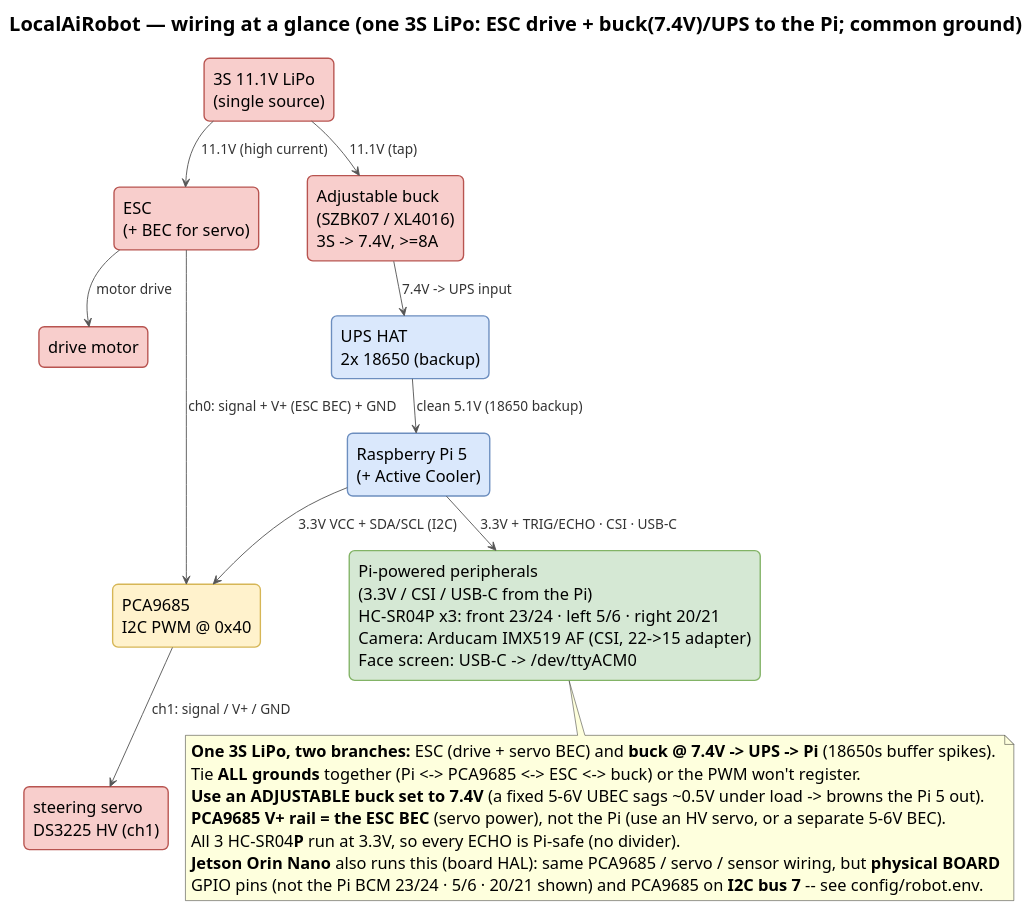
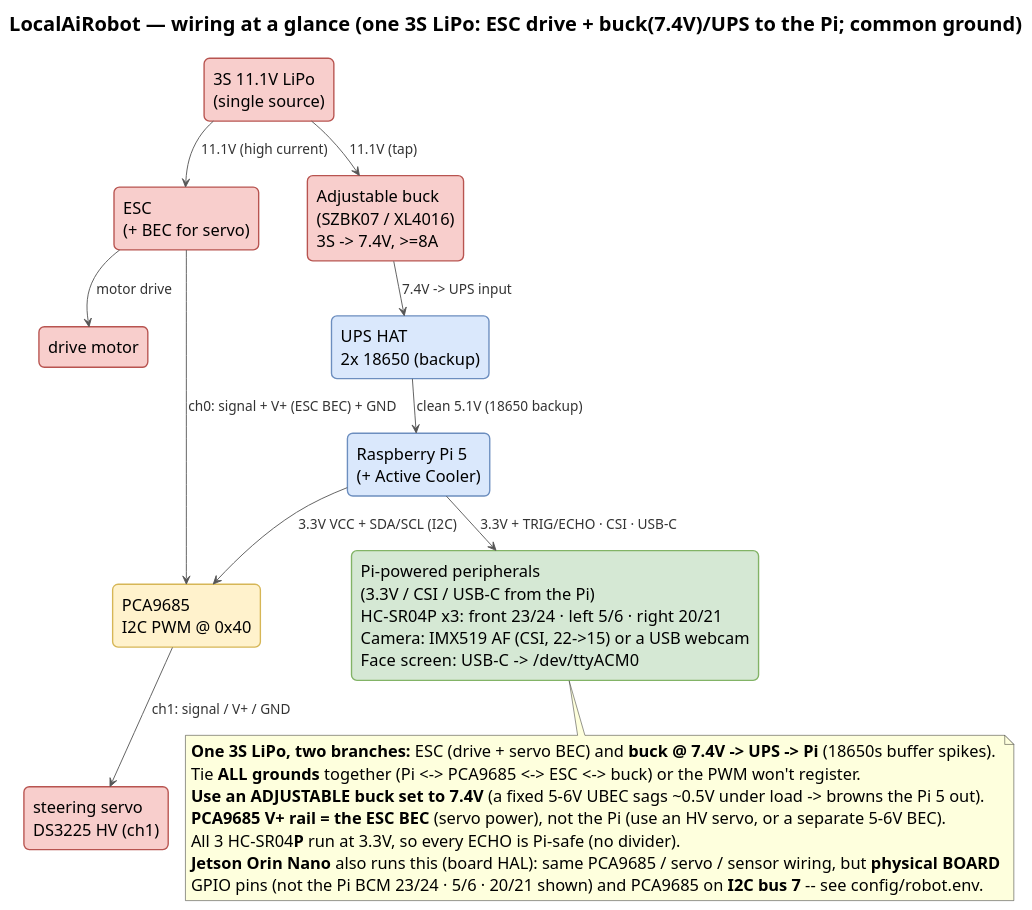
Before and after one commit to shen747/LocalAiRobot: the diagram in docs/images/wiring.puml, drawn with PlantUML. The commit also changed 7 other files, not shown here.

Commit message:
Support a USB webcam on the Pi (ROBOT_CAMERA_BACKEND=v4l2) alongside the CSI camera, with docs + diagrams

```diff
--- a/docs/images/wiring.puml
+++ b/docs/images/wiring.puml
@@ -1,66 +1,66 @@
 @startuml wiring
 ' LocalAiRobot — "Wiring at a glance" connection map, TOP-TO-BOTTOM power flow (1 LiPo -> ESC + buck/UPS).
 ' This source lives next to its render. Regenerate in place (writes wiring.png here):
 '   plantuml -tpng docs/images/wiring.puml
 ' No Graphviz needed: !pragma layout smetana uses PlantUML's pure-Java layout engine.
 ' Vertical + larger fonts: no side-by-side domain boxes; the Pi's many peripherals collapse into one box.
 !pragma layout smetana
 top to bottom direction
 hide stereotype
 title LocalAiRobot — wiring at a glance (one 3S LiPo: ESC drive + buck(7.4V)/UPS to the Pi; common ground)
 
 skinparam backgroundColor white
 skinparam shadowing false
 skinparam defaultFontName Helvetica
 skinparam defaultFontSize 18
 skinparam TitleFontSize 22
 skinparam ArrowColor #555555
 skinparam ArrowFontColor #333333
 skinparam ArrowFontSize 15
 skinparam rectangle {
   RoundCorner 12
   FontSize 18
   BorderThickness 1.5
   BackgroundColor<<io>> #DAE8FC
   BorderColor<<io>> #6C8EBF
   BackgroundColor<<model>> #FFF2CC
   BorderColor<<model>> #D6B656
   BackgroundColor<<data>> #D5E8D4
   BorderColor<<data>> #82B366
   BackgroundColor<<motor>> #F8CECC
   BorderColor<<motor>> #B85450
   BackgroundColor<<store>> #F5F5F5
   BorderColor<<store>> #666666
 }
 
 rectangle "3S 11.1V LiPo\n(single source)" as lipo <<motor>>
 rectangle "ESC\n(+ BEC for servo)" as esc <<motor>>
 rectangle "drive motor" as motor <<motor>>
 rectangle "Adjustable buck\n(SZBK07 / XL4016)\n3S -> 7.4V, >=8A" as ubec <<motor>>
 rectangle "UPS HAT\n2x 18650 (backup)" as ups <<io>>
 rectangle "Raspberry Pi 5\n(+ Active Cooler)" as pi <<io>>
 rectangle "PCA9685\nI2C PWM @ 0x40" as pca <<model>>
 rectangle "steering servo\nDS3225 HV (ch1)" as servo <<motor>>
-rectangle "Pi-powered peripherals\n(3.3V / CSI / USB-C from the Pi)\nHC-SR04P x3:  front 23/24 · left 5/6 · right 20/21\nCamera: Arducam IMX519 AF  (CSI, 22->15 adapter)\nFace screen:  USB-C -> /dev/ttyACM0" as periph <<data>>
+rectangle "Pi-powered peripherals\n(3.3V / CSI / USB-C from the Pi)\nHC-SR04P x3:  front 23/24 · left 5/6 · right 20/21\nCamera: IMX519 AF (CSI, 22->15) or a USB webcam\nFace screen:  USB-C -> /dev/ttyACM0" as periph <<data>>
 
 ' ---- power flows top -> bottom ----
 lipo --> esc  : 11.1V (high current)
 lipo --> ubec : 11.1V (tap)
 esc  --> motor : motor drive
 ubec --> ups  : 7.4V -> UPS input
 ups  --> pi   : clean 5.1V (18650 backup)
 esc  --> pca  : ch0: signal + V+ (ESC BEC) + GND
 pi   --> pca  : 3.3V VCC + SDA/SCL (I2C)
 pca  --> servo : ch1: signal / V+ / GND
 pi   --> periph : 3.3V + TRIG/ECHO · CSI · USB-C
 
 note bottom of periph
   **One 3S LiPo, two branches:** ESC (drive + servo BEC) and **buck @ 7.4V -> UPS -> Pi** (18650s buffer spikes).
   Tie **ALL grounds** together (Pi <-> PCA9685 <-> ESC <-> buck) or the PWM won't register.
   **Use an ADJUSTABLE buck set to 7.4V** (a fixed 5-6V UBEC sags ~0.5V under load -> browns the Pi 5 out).
   **PCA9685 V+ rail = the ESC BEC** (servo power), not the Pi (use an HV servo, or a separate 5-6V BEC).
   All 3 HC-SR04**P** run at 3.3V, so every ECHO is Pi-safe (no divider).
   **Jetson Orin Nano** also runs this (board HAL): same PCA9685 / servo / sensor wiring, but **physical BOARD**
   GPIO pins (not the Pi BCM 23/24 · 5/6 · 20/21 shown) and PCA9685 on **I2C bus 7** -- see config/robot.env.
 end note
 @enduml
```
